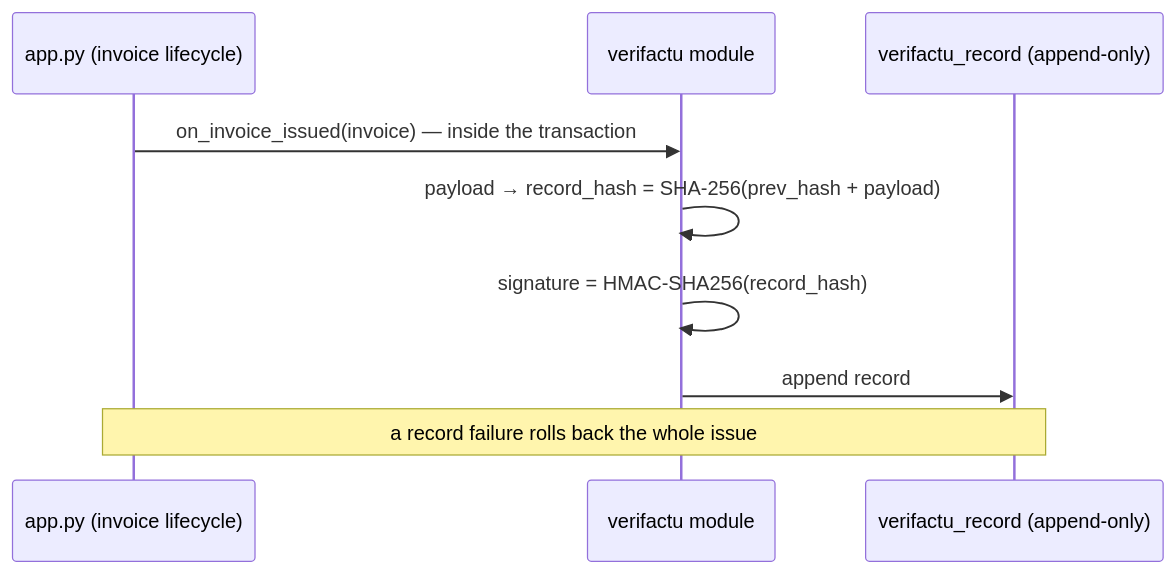
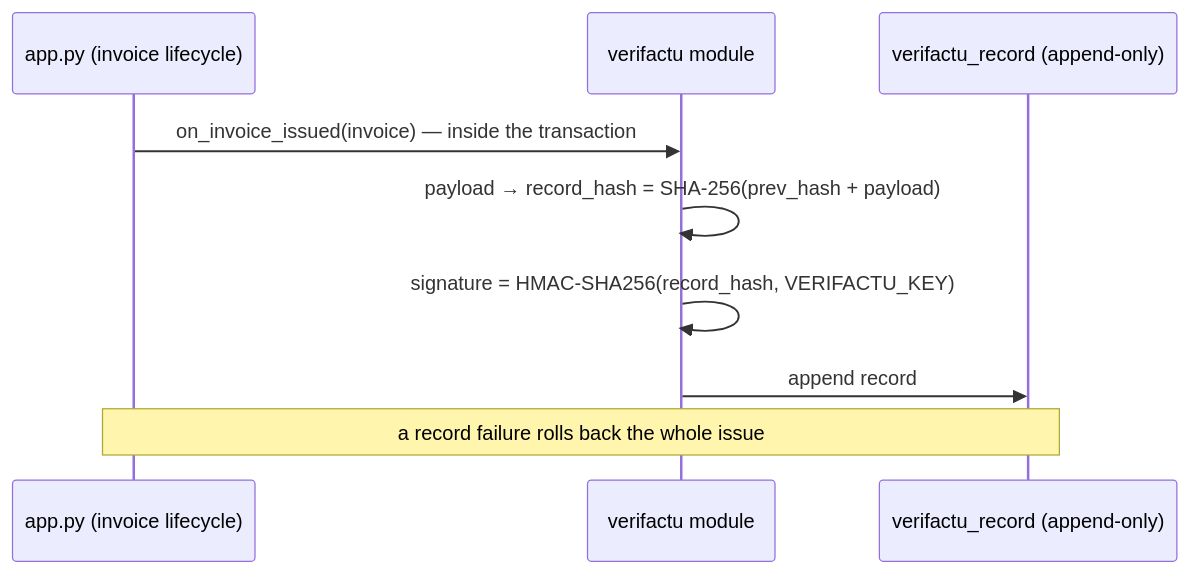
One commit to mborchuk/ContaAutonomo changed the diagram in modules/verifactu/README.md. Above: the diagram before and after it, drawn with Mermaid. The commit also changed other lines of this file and 9 other files, not shown here.

First line of the commit message:
fix(verifactu): sign records with a dedicated key, not SECRET_KEY (C-4) (#93)

````diff
--- a/modules/verifactu/README.md
+++ b/modules/verifactu/README.md
@@ -17,12 +18,12 @@
 ```mermaid
 sequenceDiagram
     participant Core as app.py (invoice lifecycle)
     participant VF as verifactu module
     participant DB as verifactu_record (append-only)
 
     Core->>VF: on_invoice_issued(invoice)  — inside the transaction
     VF->>VF: payload → record_hash = SHA-256(prev_hash + payload)
-    VF->>VF: signature = HMAC-SHA256(record_hash)
+    VF->>VF: signature = HMAC-SHA256(record_hash, VERIFACTU_KEY)
     VF->>DB: append record
     Note over Core,DB: a record failure rolls back the whole issue
 ```
````
